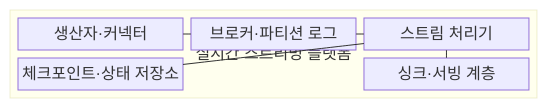
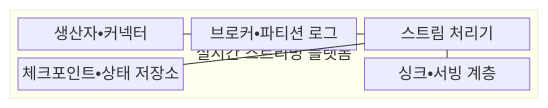
One commit to agnusdei1207/knowledge-base changed the first of 2 diagrams in src/content/docs/notes/03-software/122_real_time_streaming_platform.md. Above: the diagram before and after it, drawn with Mermaid. The commit also changed other lines of this file and 953 other files, not shown here.

````diff
--- a/src/content/docs/notes/03-software/122_real_time_streaming_platform.md
+++ b/src/content/docs/notes/03-software/122_real_time_streaming_platform.md
@@ -67,17 +67,17 @@
 ```mermaid
 block
     columns 1
     block:PLATFORM["실시간 스트리밍 플랫폼"]
         columns 3
-        P["생산자·커넥터"]
-        B["브로커·파티션 로그"]
+        P["생산자•커넥터"]
+        B["브로커•파티션 로그"]
         E["스트림 처리기"]
-        C["체크포인트·상태 저장소"]
+        C["체크포인트•상태 저장소"]
         space
-        S["싱크·서빙 계층"]
+        S["싱크•서빙 계층"]
     end
     P --- B
     B --- E
     E --- C
     E --- S
 ```
````
